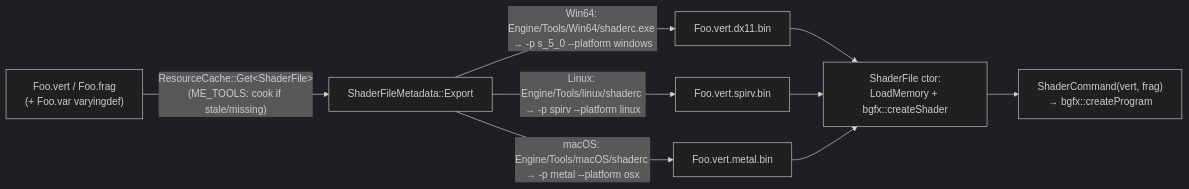
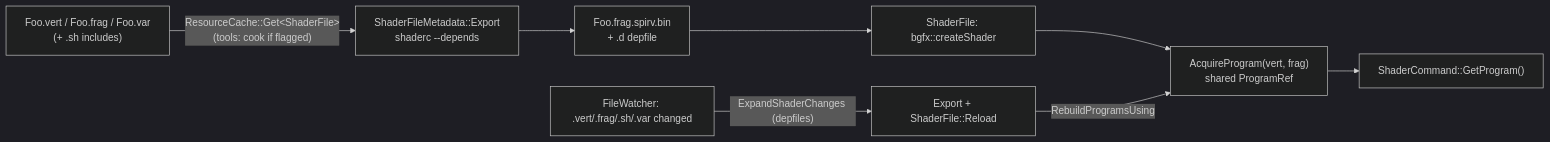
Before and after one commit to wobbier/MitchEngine: the second of 2 diagrams in Docs/Materials-and-Shaders.md, drawn with Mermaid (dark theme). The commit also changed other lines of this file and 4 other files, not shown here.

First line of the commit message:
📚 Docs: Wave 3 rendering — lights, clustered forward, shadows, IBL, post, particles, shader hot reload

````diff
--- a/Docs/Materials-and-Shaders.md
+++ b/Docs/Materials-and-Shaders.md
@@ -77,9 +115,10 @@
 ```mermaid
 flowchart LR
-    V["Foo.vert / Foo.frag<br/>(+ Foo.var varyingdef)"] -->|"ResourceCache::Get&lt;ShaderFile&gt;<br/>(ME_TOOLS: cook if stale/missing)"| E["ShaderFileMetadata::Export"]
-    E -->|"Win64: Engine/Tools/Win64/shaderc.exe → -p s_5_0 --platform windows"| B1["Foo.vert.dx11.bin"]
-    E -->|"Linux: Engine/Tools/linux/shaderc → -p spirv --platform linux"| B2["Foo.vert.spirv.bin"]
-    E -->|"macOS: Engine/Tools/macOS/shaderc → -p metal --platform osx"| B3["Foo.vert.metal.bin"]
-    B1 & B2 & B3 --> SF["ShaderFile ctor:<br/>LoadMemory + bgfx::createShader"]
-    SF --> SC["ShaderCommand(vert, frag)<br/>→ bgfx::createProgram"]
+    S["Foo.vert / Foo.frag / Foo.var<br/>(+ .sh includes)"] -->|"ResourceCache::Get&lt;ShaderFile&gt;<br/>(tools: cook if flagged)"| E["ShaderFileMetadata::Export<br/>shaderc --depends"]
+    E --> B["Foo.frag.spirv.bin<br/>+ .d depfile"]
+    B --> SF["ShaderFile: bgfx::createShader"]
+    SF --> REG["AcquireProgram(vert, frag)<br/>shared ProgramRef"]
+    REG --> SC["ShaderCommand::GetProgram()"]
+    W["FileWatcher: .vert/.frag/.sh/.var changed"] -->|"ExpandShaderChanges (depfiles)"| HR["Export + ShaderFile::Reload"]
+    HR -->|"RebuildProgramsUsing"| REG
 ```
````
